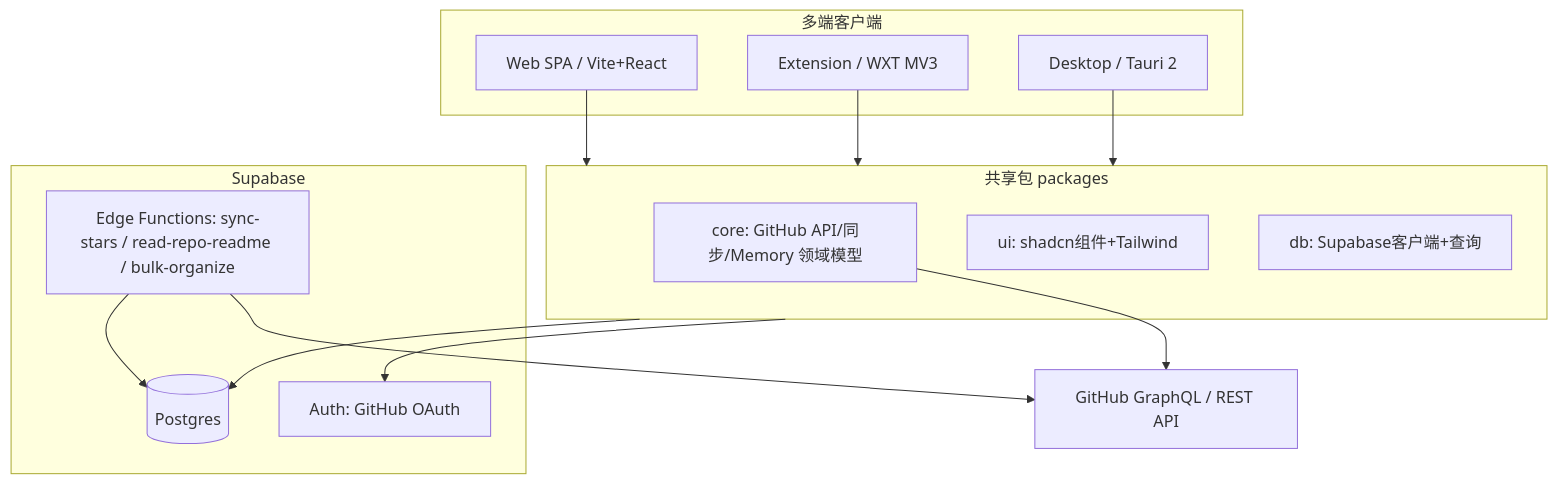
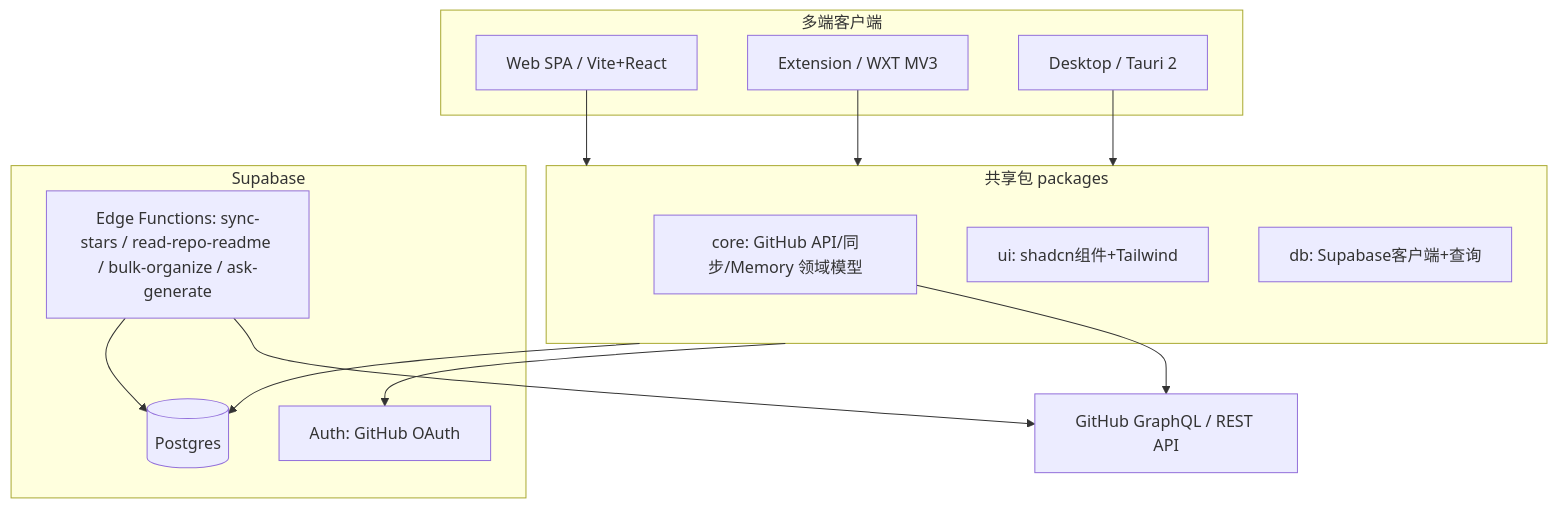
Before and after one commit to sousouliao/asterism: the first of 2 diagrams in knowledge/contracts/architecture.md, drawn with Mermaid. The commit also changed other lines of this file and 6 other files, not shown here.

````diff
--- a/knowledge/contracts/architecture.md
+++ b/knowledge/contracts/architecture.md
@@ -9,28 +9,28 @@
 ```mermaid
 flowchart TD
   subgraph clients [多端客户端]
     web[Web SPA / Vite+React]
     ext[Extension / WXT MV3]
     desktop[Desktop / Tauri 2]
   end
   subgraph shared [共享包 packages]
     core[core: GitHub API/同步/Memory 领域模型]
     ui[ui: shadcn组件+Tailwind]
     db[db: Supabase客户端+查询]
   end
   subgraph supabase [Supabase]
     auth[Auth: GitHub OAuth]
     pg[(Postgres)]
-    fn[Edge Functions: sync-stars / read-repo-readme / bulk-organize]
+    fn[Edge Functions: sync-stars / read-repo-readme / bulk-organize / ask-generate]
   end
   gh[GitHub GraphQL / REST API]
 
   web --> shared
   ext --> shared
   desktop --> shared
   shared --> auth
   shared --> pg
   core --> gh
   fn --> gh
   fn --> pg
 ```
````
